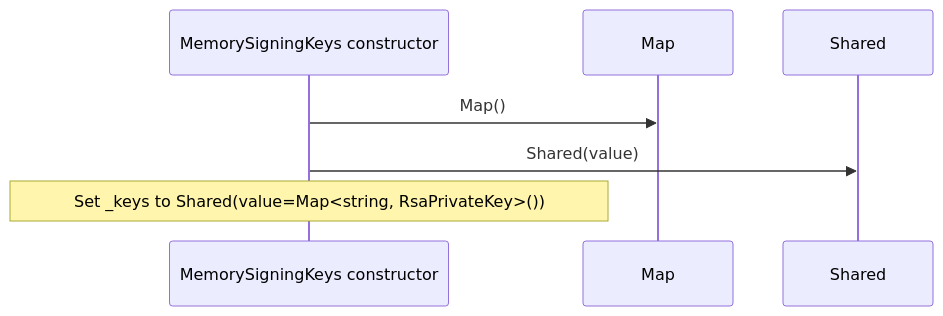
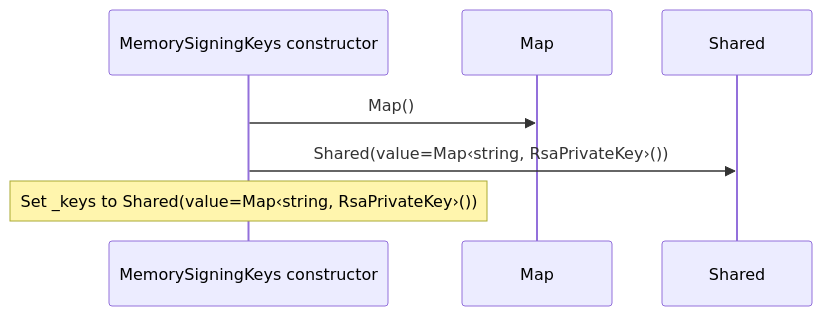
The third of 7 diagrams in docs/examples/oidc-login/common/keys-diagrams.md (GreenPandaStudios/augscript), drawn with Mermaid before and after one commit. The commit also changed other lines of this file and 524 other files, not shown here.

Commit message:
Explain checked data flow at folder and service levels

````diff
--- a/docs/examples/oidc-login/common/keys-diagrams.md
+++ b/docs/examples/oidc-login/common/keys-diagrams.md
@@ -119,9 +95,9 @@
 ```mermaid
 sequenceDiagram
     participant p0 as MemorySigningKeys constructor
     participant p1 as Map
     participant p2 as Shared
     p0->>p1: Map()
-    p0->>p2: Shared(value)
-    Note over p0: Set _keys to Shared(value=Map#60;string, RsaPrivateKey#62;())
+    p0->>p2: Shared(value=Map‹string, RsaPrivateKey›())
+    Note over p0: Set _keys to Shared(value=Map‹string, RsaPrivateKey›())
 ```
````
